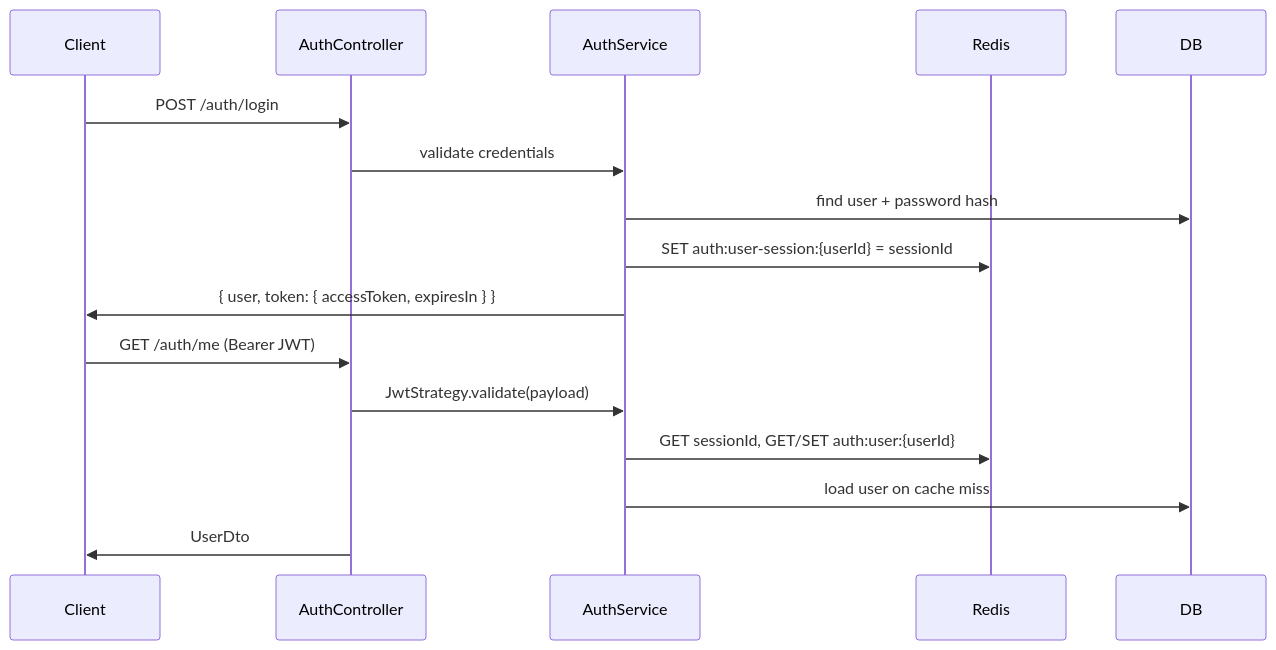
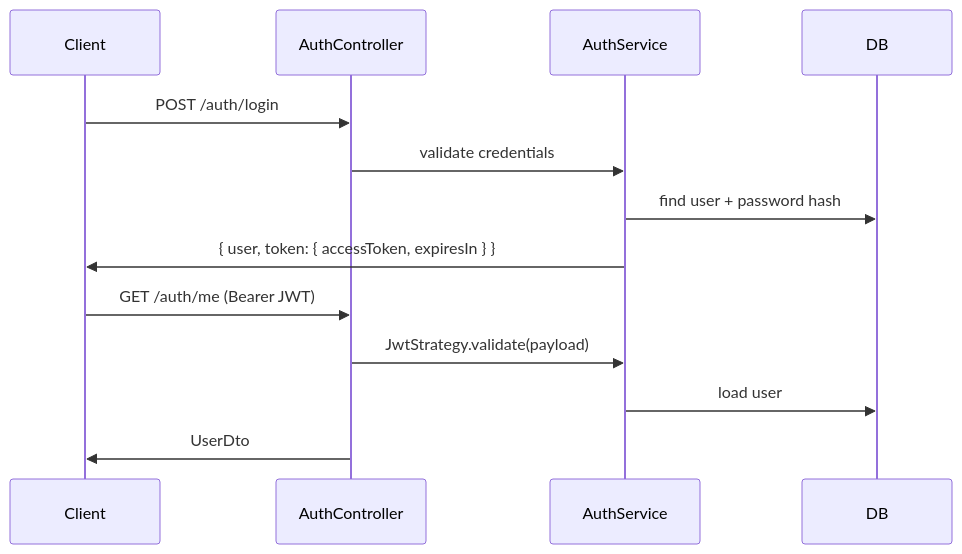
One commit to dathoangit/InSight-Care-BE changed the diagram in docs/auth.md. Above: the diagram before and after it, drawn with Mermaid. The commit also changed other lines of this file and 58 other files, not shown here.

````diff
--- a/docs/auth.md
+++ b/docs/auth.md
@@ -11,20 +7,17 @@
 ```mermaid
 sequenceDiagram
   participant Client
   participant API as AuthController
   participant Auth as AuthService
-  participant Redis
   participant DB
 
   Client->>API: POST /auth/login
   API->>Auth: validate credentials
   Auth->>DB: find user + password hash
-  Auth->>Redis: SET auth:user-session:{userId} = sessionId
   Auth->>Client: { user, token: { accessToken, expiresIn } }
 
   Client->>API: GET /auth/me (Bearer JWT)
   API->>Auth: JwtStrategy.validate(payload)
-  Auth->>Redis: GET sessionId, GET/SET auth:user:{userId}
-  Auth->>DB: load user on cache miss
+  Auth->>DB: load user
   API->>Client: UserDto
 ```
````
